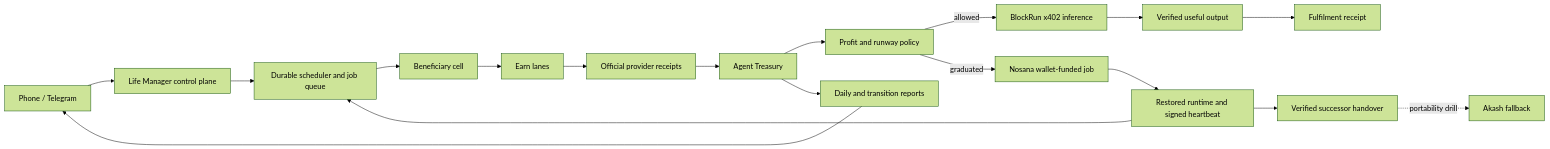
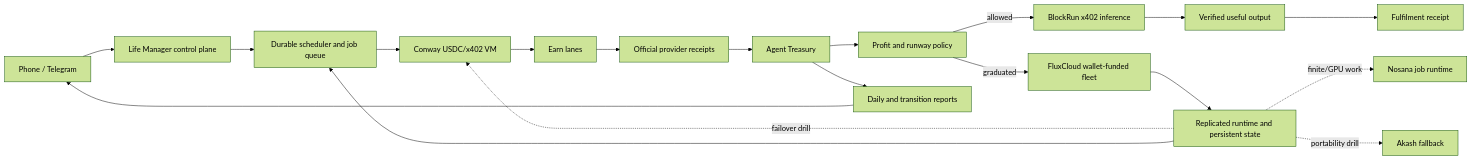
One commit to Daisuke134/life-manager changed the diagram in docs/superpowers/specs/2026-09-30-life-manager-financially-independent-agent-economy-design.md. Above: the diagram before and after it, drawn with Mermaid (forest theme). The commit also changed other lines of this file, not shown here.

Commit message:
docs: select FluxCloud for sovereign runtime

````diff
--- a/docs/superpowers/specs/2026-09-30-life-manager-financially-independent-agent-economy-design.md
+++ b/docs/superpowers/specs/2026-09-30-life-manager-financially-independent-agent-economy-design.md
@@ -82,20 +89,21 @@
 ```mermaid
 flowchart LR
     U[Phone / Telegram] --> CP[Life Manager control plane]
     CP --> S[Durable scheduler and job queue]
     S --> C[Beneficiary cell]
     C --> E[Earn lanes]
     E --> R[Official provider receipts]
     R --> T[Agent Treasury]
     T --> P[Profit and runway policy]
     P -->|allowed| B[BlockRun x402 inference]
-    P -->|graduated| N[Nosana wallet-funded job]
+    P -->|graduated| X[FluxCloud wallet-funded fleet]
     B --> O[Verified useful output]
-    N --> H[Restored runtime and signed heartbeat]
-    H --> X[Verified successor handover]
-    X -. portability drill .-> A[Akash fallback]
+    X --> H[Replicated runtime and persistent state]
+    H -. failover drill .-> C[Conway USDC/x402 VM]
+    H -. finite/GPU work .-> N[Nosana job runtime]
+    H -. portability drill .-> A[Akash fallback]
     O --> F[Fulfilment receipt]
     H --> S
     T --> D[Daily and transition reports]
     D --> U
 ```
````
